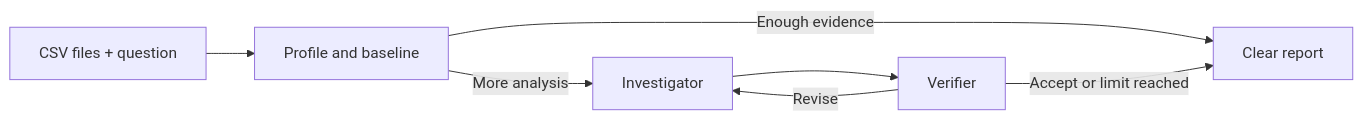
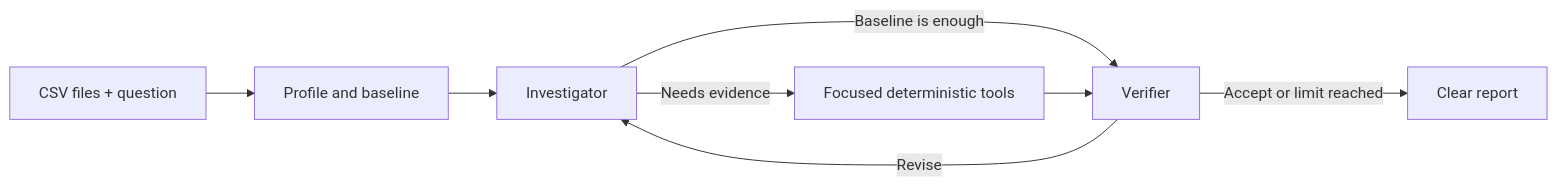
Before and after one commit to sara-alsalmi/reconai-data-incident-investigator: the diagram in README.md, drawn with Mermaid. The commit also changed other lines of this file and 15 other files, not shown here.

````diff
--- a/README.md
+++ b/README.md
@@ -34,9 +35,10 @@
 ```mermaid
 flowchart LR
     A[CSV files + question] --> B[Profile and baseline]
-    B -->|Enough evidence| E[Clear report]
-    B -->|More analysis| C[Investigator]
-    C --> D[Verifier]
+    B --> C[Investigator]
+    C -->|Baseline is enough| D[Verifier]
+    C -->|Needs evidence| F[Focused deterministic tools]
+    F --> D
     D -->|Revise| C
-    D -->|Accept or limit reached| E
+    D -->|Accept or limit reached| E[Clear report]
 ```
````
